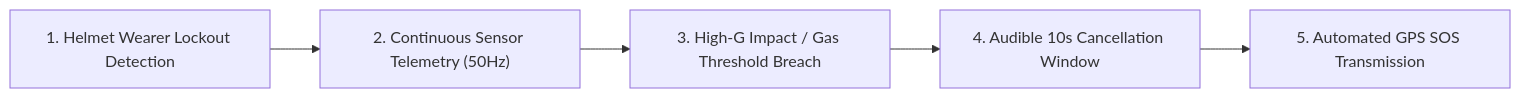
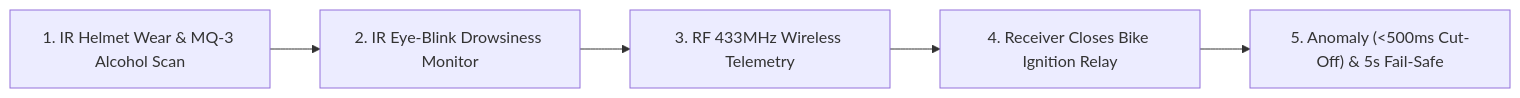
The second of 2 diagrams in README.md (Tharun4743/AGILE-INNOVATORS-smart-helmet-), drawn with Mermaid before and after one commit. The commit also changed other lines of this file, not shown here.

Commit message:
docs(readme): add architecture and workflow mermaid diagrams with calibrated 9,500-char specification

````diff
--- a/README.md
+++ b/README.md
@@ -75,7 +81,7 @@
 ```mermaid
 flowchart LR
-    A["1. Helmet Wearer Lockout Detection"] --> B["2. Continuous Sensor Telemetry (50Hz)"]
-    B --> C["3. High-G Impact / Gas Threshold Breach"]
-    C --> D["4. Audible 10s Cancellation Window"]
-    D --> E["5. Automated GPS SOS Transmission"]
+    A["1. IR Helmet Wear & MQ-3 Alcohol Scan"] --> B["2. IR Eye-Blink Drowsiness Monitor"]
+    B --> C["3. RF 433MHz Wireless Telemetry"]
+    C --> D["4. Receiver Closes Bike Ignition Relay"]
+    D --> E["5. Anomaly (<500ms Cut-Off) & 5s Fail-Safe"]
 ```
````
